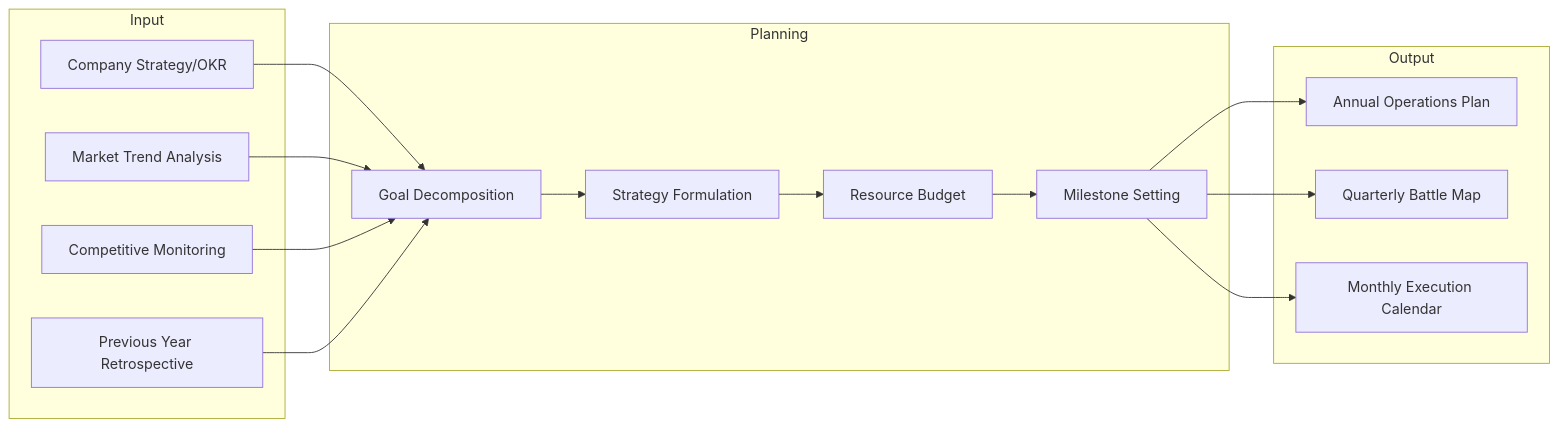
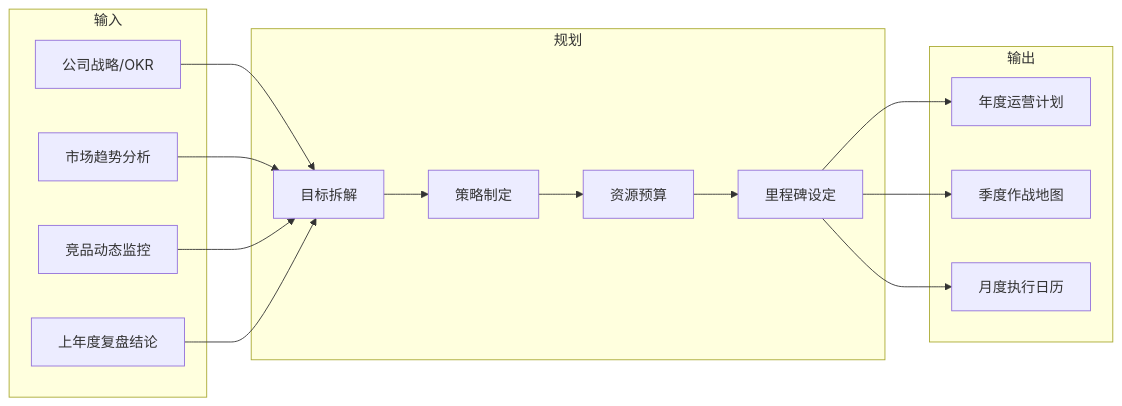
The second of 9 diagrams in templates/Product/Operations/Template-Operations-Manual.md (Kirky-X/cangjie), drawn with Mermaid before and after one commit. The commit also changed other lines of this file and 33 other files, not shown here.

````diff
--- a/templates/Product/Operations/Template-Operations-Manual.md
+++ b/templates/Product/Operations/Template-Operations-Manual.md
@@ -89,31 +89,31 @@
 ```mermaid
 flowchart LR
-    subgraph Input
-        I1[Company Strategy/OKR]
-        I2[Market Trend Analysis]
-        I3[Competitive Monitoring]
-        I4[Previous Year Retrospective]
+    subgraph 输入
+        I1[公司战略/OKR]
+        I2[市场趋势分析]
+        I3[竞品动态监控]
+        I4[上年度复盘结论]
     end
 
-    subgraph Planning
-        P1[Goal Decomposition]
-        P2[Strategy Formulation]
-        P3[Resource Budget]
-        P4[Milestone Setting]
+    subgraph 规划
+        P1[目标拆解]
+        P2[策略制定]
+        P3[资源预算]
+        P4[里程碑设定]
     end
 
-    subgraph Output
-        O1[Annual Operations Plan]
-        O2[Quarterly Battle Map]
-        O3[Monthly Execution Calendar]
+    subgraph 输出
+        O1[年度运营计划]
+        O2[季度作战地图]
+        O3[月度执行日历]
     end
 
     I1 --> P1
     I2 --> P1
     I3 --> P1
     I4 --> P1
     P1 --> P2 --> P3 --> P4
     P4 --> O1
     P4 --> O2
     P4 --> O3
 ```
````
